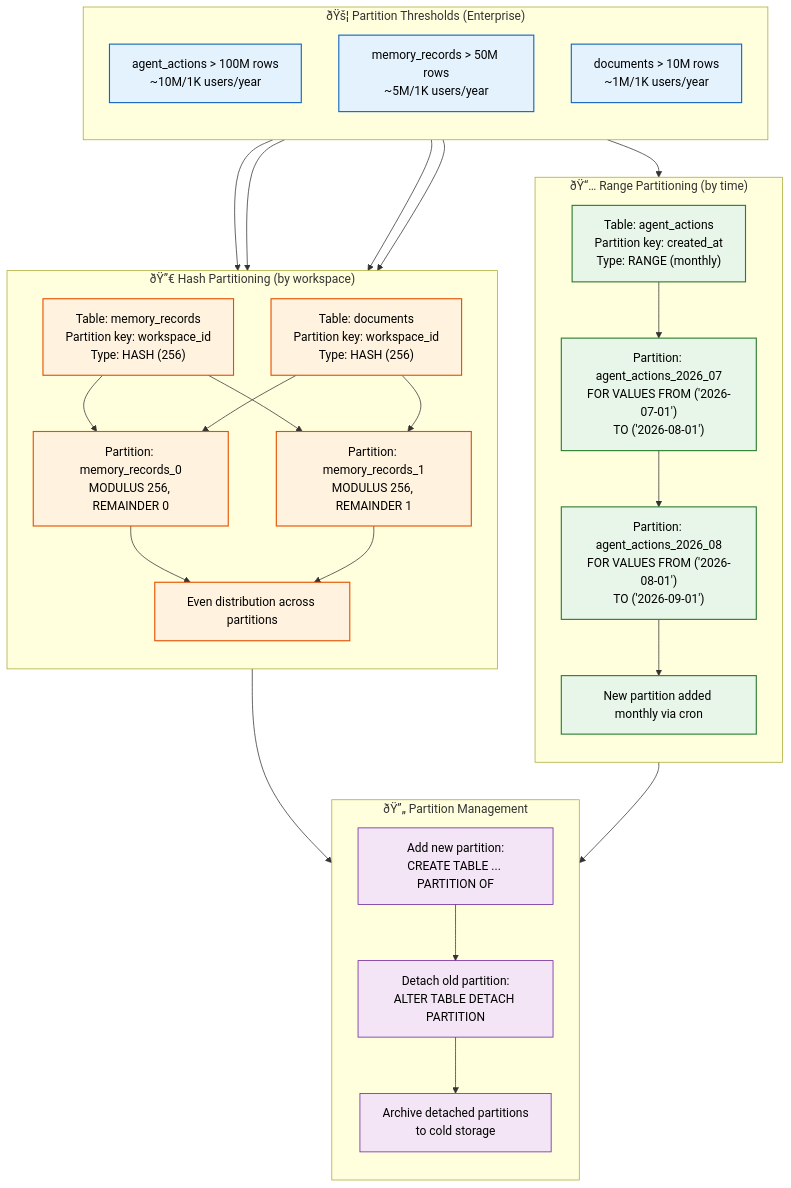
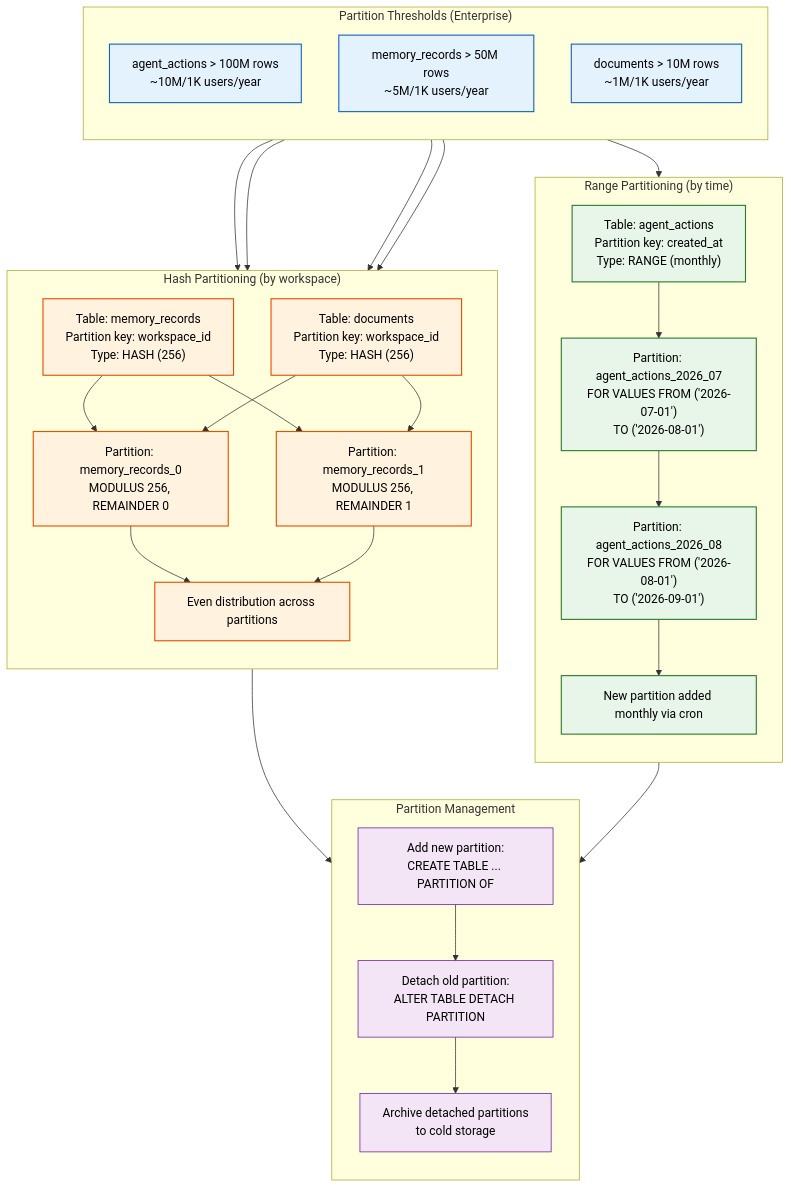
One commit to Driftloom/Vaeloom changed the first of 2 diagrams in docs/database/Partitioning.md. Above: the diagram before and after it, drawn with Mermaid. The commit also changed other lines of this file and 694 other files, not shown here.

First line of the commit message:
docs: mermaid standardization — encoding/mermaid/duplicate cleanup

````diff
--- a/docs/database/Partitioning.md
+++ b/docs/database/Partitioning.md
@@ -43,52 +43,52 @@
 ```mermaid
 graph TD
-    classDef trigger fill:#e3f2fd,stroke:#1565c0,color:#000,stroke-width:1.5px
-    classDef range fill:#e8f5e9,stroke:#2e7d32,color:#000,stroke-width:1.5px
-    classDef hash fill:#fff3e0,stroke:#e65100,color:#000,stroke-width:1.5px
-    classDef mgmt fill:#f3e5f5,stroke:#6a1b9a,color:#000,stroke-width:1px
+ classDef trigger fill:#e3f2fd,stroke:#1565c0,color:#000,stroke-width:1.5px
+ classDef range fill:#e8f5e9,stroke:#2e7d32,color:#000,stroke-width:1.5px
+ classDef hash fill:#fff3e0,stroke:#e65100,color:#000,stroke-width:1.5px
+ classDef mgmt fill:#f3e5f5,stroke:#6a1b9a,color:#000,stroke-width:1px
 
-    subgraph Triggers["ðŸš¦ Partition Thresholds (Enterprise)"]
-        direction TB
-        TR1["agent_actions > 100M rows<br/>~10M/1K users/year"]
-        TR2["memory_records > 50M rows<br/>~5M/1K users/year"]
-        TR3["documents > 10M rows<br/>~1M/1K users/year"]
-    end
+ subgraph Triggers["Partition Thresholds (Enterprise)"]
+ direction TB
+ TR1["agent_actions > 100M rows<br/>~10M/1K users/year"]
+ TR2["memory_records > 50M rows<br/>~5M/1K users/year"]
+ TR3["documents > 10M rows<br/>~1M/1K users/year"]
+ end
 
-    subgraph RangePartitions["ðŸ“… Range Partitioning (by time)"]
-        direction TB
-        RP1["Table: agent_actions<br/>Partition key: created_at<br/>Type: RANGE (monthly)"]
-        RP2["Partition: agent_actions_2026_07<br/>FOR VALUES FROM ('2026-07-01')<br/>TO ('2026-08-01')"]
-        RP3["Partition: agent_actions_2026_08<br/>FOR VALUES FROM ('2026-08-01')<br/>TO ('2026-09-01')"]
-        RP4["New partition added monthly via cron"]
-    end
+ subgraph RangePartitions["Range Partitioning (by time)"]
+ direction TB
+ RP1["Table: agent_actions<br/>Partition key: created_at<br/>Type: RANGE (monthly)"]
+ RP2["Partition: agent_actions_2026_07<br/>FOR VALUES FROM ('2026-07-01')<br/>TO ('2026-08-01')"]
+ RP3["Partition: agent_actions_2026_08<br/>FOR VALUES FROM ('2026-08-01')<br/>TO ('2026-09-01')"]
+ RP4["New partition added monthly via cron"]
+ end
 
-    subgraph HashPartitions["ðŸ”€ Hash Partitioning (by workspace)"]
-        direction TB
-        HP1["Table: memory_records<br/>Partition key: workspace_id<br/>Type: HASH (256)"]
-        HP2["Table: documents<br/>Partition key: workspace_id<br/>Type: HASH (256)"]
-        HP3["Partition: memory_records_0<br/>MODULUS 256, REMAINDER 0"]
-        HP4["Partition: memory_records_1<br/>MODULUS 256, REMAINDER 1"]
-        HP5["Even distribution across partitions"]
-    end
+ subgraph HashPartitions["Hash Partitioning (by workspace)"]
+ direction TB
+ HP1["Table: memory_records<br/>Partition key: workspace_id<br/>Type: HASH (256)"]
+ HP2["Table: documents<br/>Partition key: workspace_id<br/>Type: HASH (256)"]
+ HP3["Partition: memory_records_0<br/>MODULUS 256, REMAINDER 0"]
+ HP4["Partition: memory_records_1<br/>MODULUS 256, REMAINDER 1"]
+ HP5["Even distribution across partitions"]
+ end
 
-    subgraph Management["ðŸ”„ Partition Management"]
-        direction TB
-        M1["Add new partition:<br/>CREATE TABLE ... PARTITION OF"]
-        M2["Detach old partition:<br/>ALTER TABLE DETACH PARTITION"]
-        M3["Archive detached partitions<br/>to cold storage"]
-    end
+ subgraph Management["Partition Management"]
+ direction TB
+ M1["Add new partition:<br/>CREATE TABLE ... PARTITION OF"]
+ M2["Detach old partition:<br/>ALTER TABLE DETACH PARTITION"]
+ M3["Archive detached partitions<br/>to cold storage"]
+ end
 
-    TR1 --> RP1
-    TR2 & TR3 --> HP1 & HP2
-    RP1 --> RP2 --> RP3 --> RP4
-    HP1 & HP2 --> HP3 & HP4 --> HP5
-    RP4 --> M1
-    HP5 --> M1
-    M1 --> M2 --> M3
+ TR1--> RP1
+ TR2 & TR3--> HP1 & HP2
+ RP1--> RP2--> RP3--> RP4
+ HP1 & HP2--> HP3 & HP4--> HP5
+ RP4--> M1
+ HP5--> M1
+ M1--> M2--> M3
 
-    class TR1,TR2,TR3 trigger
-    class RP1,RP2,RP3,RP4 range
-    class HP1,HP2,HP3,HP4,HP5 hash
-    class M1,M2,M3 mgmt
+ class TR1,TR2,TR3 trigger
+ class RP1,RP2,RP3,RP4 range
+ class HP1,HP2,HP3,HP4,HP5 hash
+ class M1,M2,M3 mgmt
 
 ```
````
